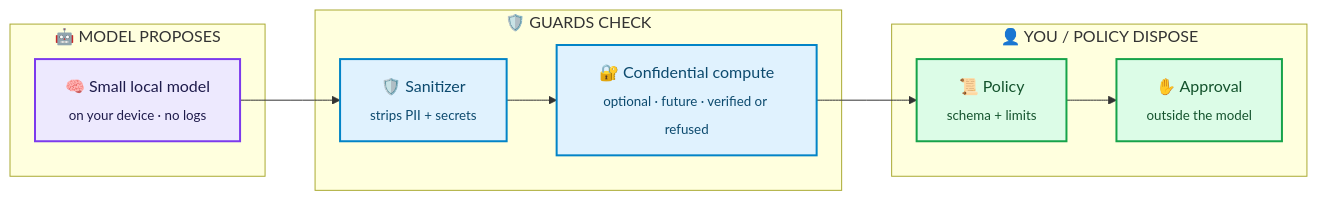
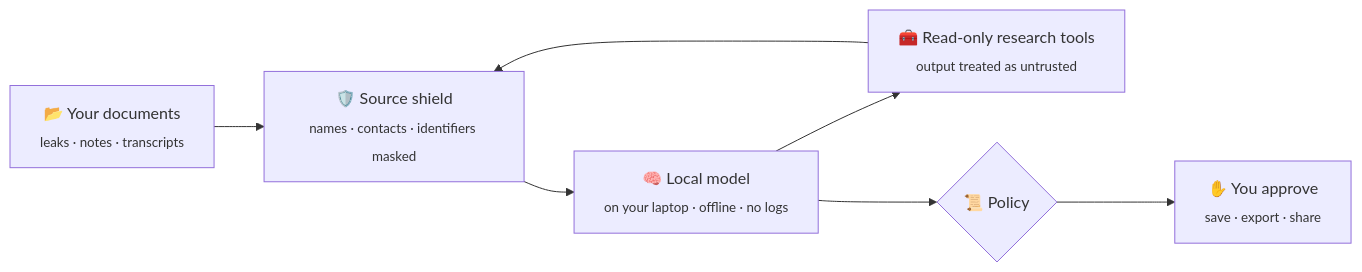
One commit to 9lordisgod/salomon changed the first of 2 diagrams in README.md. Above: the diagram before and after it, drawn with Mermaid. The commit also changed other lines of this file and 2 other files, not shown here.

Commit message:
docs: reposition Salomon as local research agent for journalists that protects sources

````diff
--- a/README.md
+++ b/README.md
@@ -11,21 +10,9 @@
 ```mermaid
 flowchart LR
-    subgraph P["🤖 MODEL PROPOSES"]
-        A["🧠 Small local model<br/><sub>on your device · no logs</sub>"]
-    end
-    subgraph G["🛡️ GUARDS CHECK"]
-        B["🛡️ Sanitizer<br/><sub>strips PII + secrets</sub>"]
-        C["🔐 Confidential compute<br/><sub>optional · future · verified or refused</sub>"]
-    end
-    subgraph D["👤 YOU / POLICY DISPOSE"]
-        E["📜 Policy<br/><sub>schema + limits</sub>"]
-        F["✋ Approval<br/><sub>outside the model</sub>"]
-    end
-    A --> B --> C --> E --> F
-    classDef ai fill:#ede9fe,stroke:#7c3aed,stroke-width:2px,color:#1e1b4b
-    classDef guard fill:#e0f2fe,stroke:#0284c7,stroke-width:2px,color:#0c4a6e
-    classDef human fill:#dcfce7,stroke:#16a34a,stroke-width:2px,color:#14532d
-    class A ai
-    class B,C guard
-    class E,F human
+    D["📂 Your documents<br/><sub>leaks · notes · transcripts</sub>"] --> S["🛡️ Source shield<br/><sub>names · contacts · identifiers masked</sub>"]
+    S --> M["🧠 Local model<br/><sub>on your laptop · offline · no logs</sub>"]
+    M --> T["🧰 Read-only research tools<br/><sub>output treated as untrusted</sub>"]
+    T --> S
+    M --> P{"📜 Policy"}
+    P --> Y["✋ You approve<br/><sub>save · export · share</sub>"]
 ```
````
